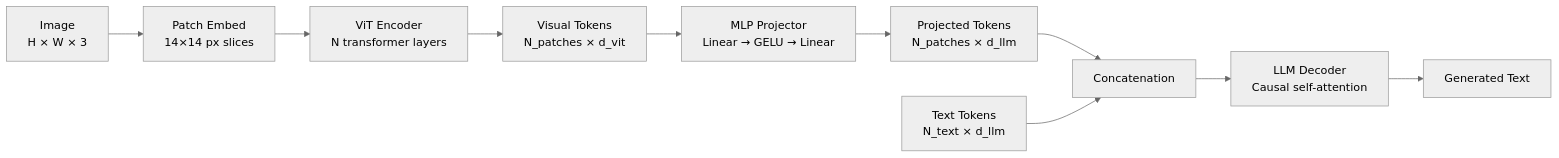
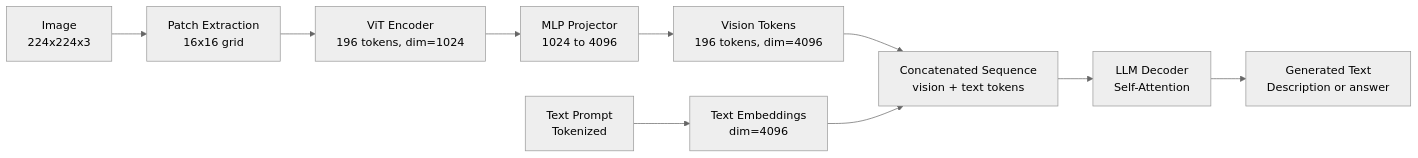
The diagram in stages/02-lesson-injection/output/hybrid-lessons/04-computer-vision/25-vision-language-models/docs/en.md (BlueSkyGTM/full-stack-gtm), drawn with Mermaid (neutral theme) before and after one commit. The commit also changed other lines of this file and 504 other files, not shown here.

````diff
--- a/stages/02-lesson-injection/output/hybrid-lessons/04-computer-vision/25-vision-language-models/docs/en.md
+++ b/stages/02-lesson-injection/output/hybrid-lessons/04-computer-vision/25-vision-language-models/docs/en.md
@@ -27,12 +25,12 @@
 ```mermaid
-flowchart LR
-    IMG["Image<br/>H × W × 3"] --> PATCH["Patch Embed<br/>14×14 px slices"]
-    PATCH --> ViT["ViT Encoder<br/>N transformer layers"]
-    ViT --> FEATS["Visual Tokens<br/>N_patches × d_vit"]
-    FEATS --> MLP["MLP Projector<br/>Linear → GELU → Linear"]
-    MLP --> PROJ["Projected Tokens<br/>N_patches × d_llm"]
-    PROJ --> CAT["Concatenation"]
-    TEXT["Text Tokens<br/>N_text × d_llm"] --> CAT
-    CAT --> LLM["LLM Decoder<br/>Causal self-attention"]
-    LLM --> OUT["Generated Text"]
+graph LR
+    A["Image<br/>224x224x3"] --> B["Patch Extraction<br/>16x16 grid"]
+    B --> C["ViT Encoder<br/>196 tokens, dim=1024"]
+    C --> D["MLP Projector<br/>1024 to 4096"]
+    D --> E["Vision Tokens<br/>196 tokens, dim=4096"]
+    F["Text Prompt<br/>Tokenized"] --> G["Text Embeddings<br/>dim=4096"]
+    E --> H["Concatenated Sequence<br/>vision + text tokens"]
+    G --> H
+    H --> I["LLM Decoder<br/>Self-Attention"]
+    I --> J["Generated Text<br/>Description or answer"]
 ```
````
